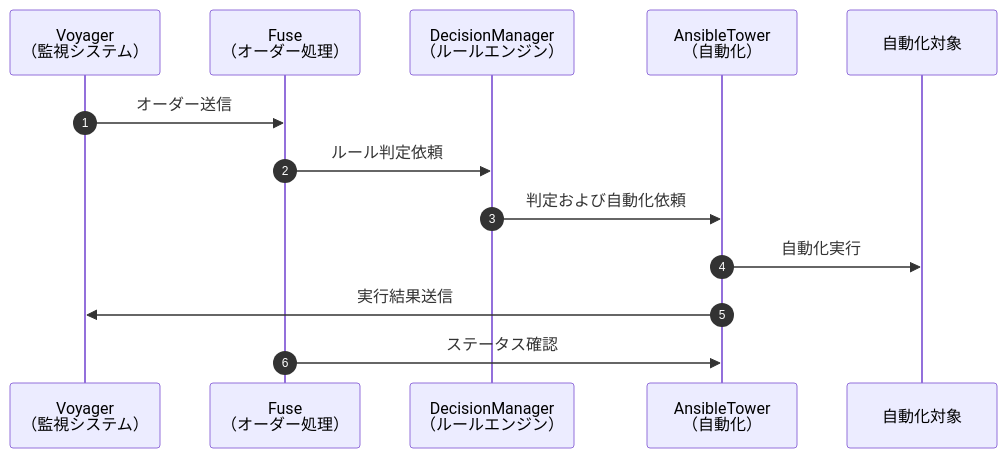
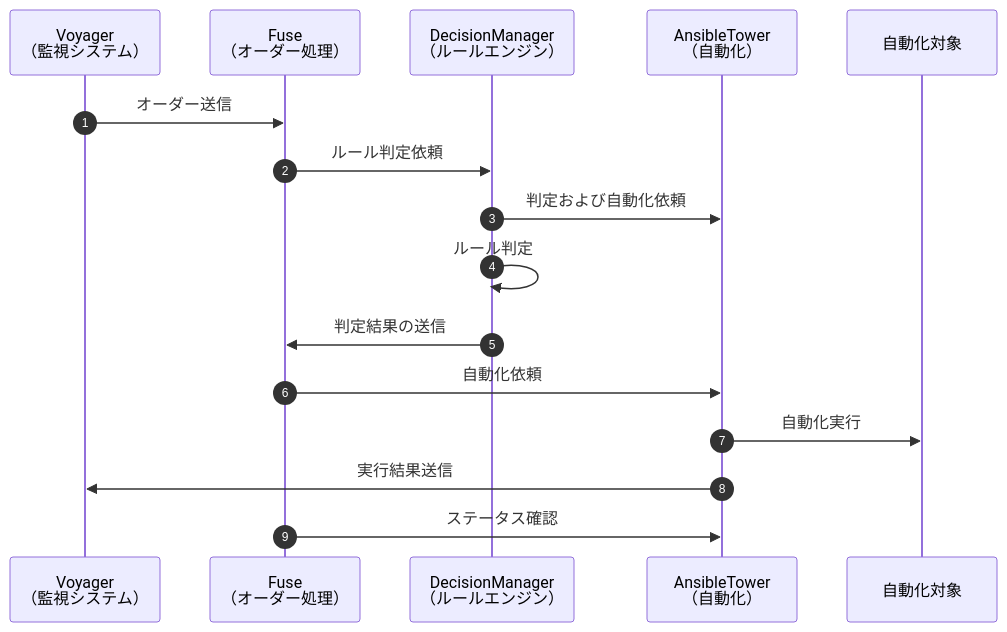
One commit to panda-git-hub/handbook changed the diagram in hoge.md. Above: the diagram before and after it, drawn with Mermaid.

````diff
--- a/hoge.md
+++ b/hoge.md
@@ -1,16 +1,19 @@
 ```mermaid
 sequenceDiagram
   autonumber
   participant A as Voyager<br>（監視システム）
   participant B as Fuse<br>（オーダー処理）
   participant C as DecisionManager<br>（ルールエンジン）
   participant D as AnsibleTower<br>（自動化）
   participant E as 自動化対象
 
   A->>B: オーダー送信
   B->>C: ルール判定依頼
   C->>D: 判定および自動化依頼
+  C->>C: ルール判定
+  C->>B: 判定結果の送信
+  B->>D: 自動化依頼
   D->>E: 自動化実行  
   D->>A: 実行結果送信
   B->>D: ステータス確認 
 ```
````
